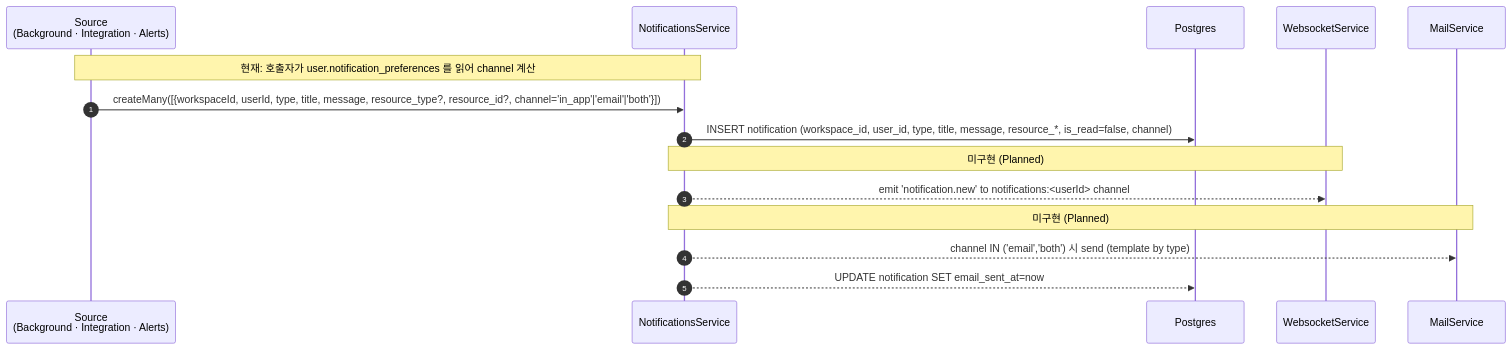
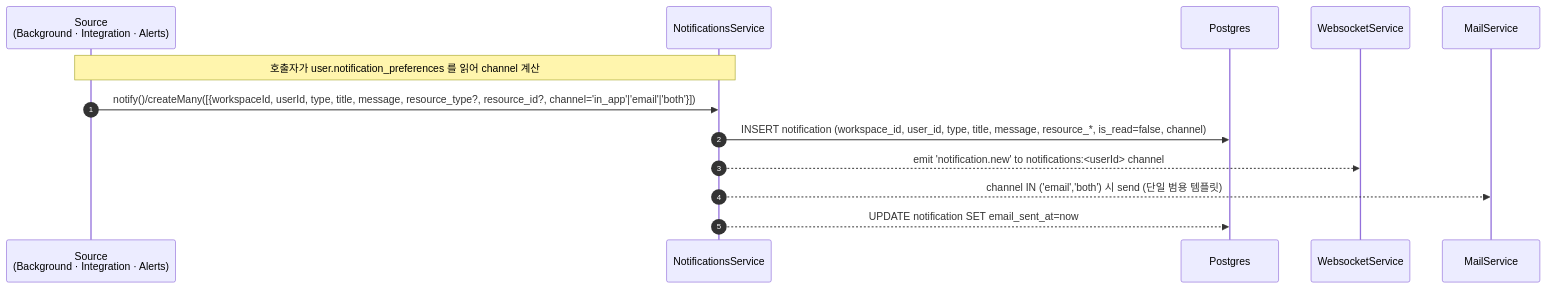
The first of 2 diagrams in spec/data-flow/8-notifications.md (worker-ants/clemvion), drawn with Mermaid before and after one commit. The commit also changed other lines of this file and 6 other files, not shown here.

````diff
--- a/spec/data-flow/8-notifications.md
+++ b/spec/data-flow/8-notifications.md
@@ -36,18 +36,16 @@
 ```mermaid
 sequenceDiagram
   autonumber
   participant Src as Source<br/>(Background · Integration · Alerts)
   participant Svc as NotificationsService
   participant PG as Postgres
   participant WS as WebsocketService
   participant Mail as MailService
 
-  Note over Src,Svc: 현재: 호출자가 user.notification_preferences 를 읽어 channel 계산
-  Src->>Svc: createMany([{workspaceId, userId, type, title, message, resource_type?, resource_id?, channel='in_app'|'email'|'both'}])
+  Note over Src,Svc: 호출자가 user.notification_preferences 를 읽어 channel 계산
+  Src->>Svc: notify()/createMany([{workspaceId, userId, type, title, message, resource_type?, resource_id?, channel='in_app'|'email'|'both'}])
   Svc->>PG: INSERT notification (workspace_id, user_id, type, title, message, resource_*, is_read=false, channel)
-  Note over Svc,WS: 미구현 (Planned)
   Svc-->>WS: emit 'notification.new' to notifications:<userId> channel
-  Note over Svc,Mail: 미구현 (Planned)
-  Svc-->>Mail: channel IN ('email','both') 시 send (template by type)
+  Svc-->>Mail: channel IN ('email','both') 시 send (단일 범용 템플릿)
   Svc-->>PG: UPDATE notification SET email_sent_at=now
 ```
````
